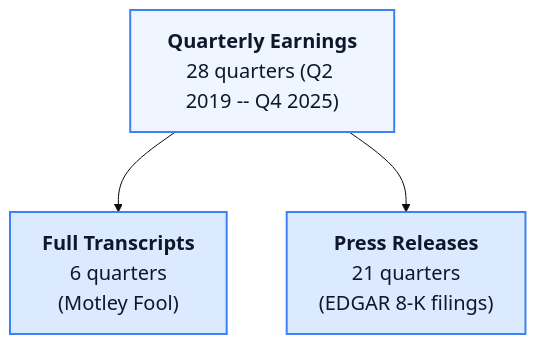
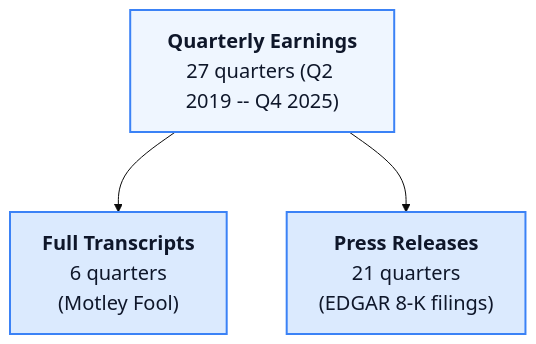
The second of 3 diagrams in slides/m8-scraping.qmd (kerryback/mgmt675), drawn with Mermaid before and after one commit. The commit also changed other lines of this file and 6 other files, not shown here.

````diff
--- a/slides/m8-scraping.qmd
+++ b/slides/m8-scraping.qmd
@@ -332,12 +337,12 @@
 ```{mermaid}
 %%| fig-width: 16
 %%{init: {'theme': 'base', 'themeVariables': {'fontSize': '22px'}, 'flowchart': {'nodeSpacing': 60, 'rankSpacing': 80, 'padding': 16, 'useMaxWidth': true}}}%%
 flowchart TD
-  EC["<b>Quarterly Earnings</b><br>28 quarters (Q2 2019 -- Q4 2025)"]
+  EC["<b>Quarterly Earnings</b><br>27 quarters (Q2 2019 -- Q4 2025)"]
   EC --> T["<b>Full Transcripts</b><br>6 quarters<br>(Motley Fool)"]
   EC --> PR["<b>Press Releases</b><br>21 quarters<br>(EDGAR 8-K filings)"]
 
   style EC fill:#eff6ff,stroke:#3b82f6,stroke-width:2px,color:#0f172a,font-size:20px,padding:14px
   style T fill:#dbeafe,stroke:#3b82f6,stroke-width:2px,color:#0f172a,font-size:20px,padding:14px
   style PR fill:#dbeafe,stroke:#3b82f6,stroke-width:2px,color:#0f172a,font-size:20px,padding:14px
 ```
````
